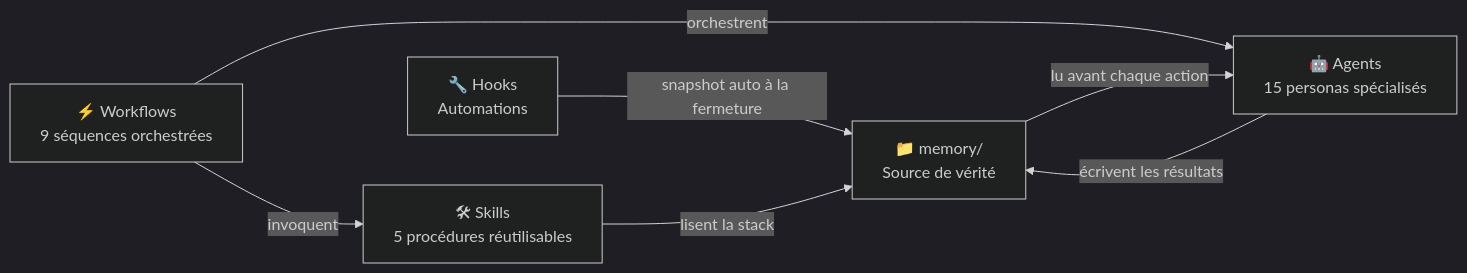
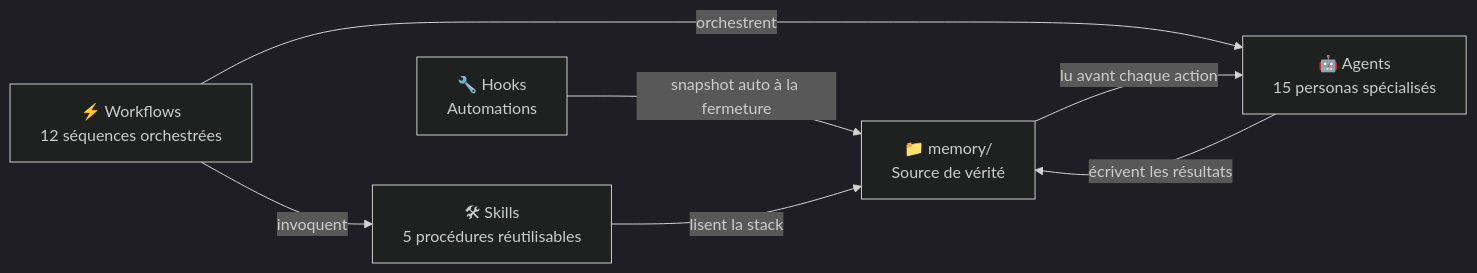
One commit to KillianPiccerelle/ai-dev-framework changed the diagram in docs/fr/README.md. Above: the diagram before and after it, drawn with Mermaid (dark theme). The commit also changed other lines of this file and 5 other files, not shown here.

````diff
--- a/docs/fr/README.md
+++ b/docs/fr/README.md
@@ -85,15 +85,15 @@
 ```mermaid
 graph LR
     MEM["📁 memory/\nSource de vérité"]
     AGT["🤖 Agents\n15 personas spécialisés"]
-    WFL["⚡ Workflows\n9 séquences orchestrées"]
+    WFL["⚡ Workflows\n12 séquences orchestrées"]
     SKL["🛠 Skills\n5 procédures réutilisables"]
     HKS["🔧 Hooks\nAutomations"]
 
     MEM -->|lu avant chaque action| AGT
     AGT -->|écrivent les résultats| MEM
     WFL -->|orchestrent| AGT
     WFL -->|invoquent| SKL
     SKL -->|lisent la stack| MEM
     HKS -->|snapshot auto à la fermeture| MEM
 ```
````
